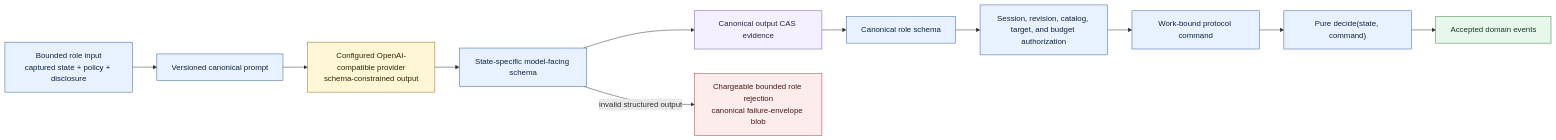
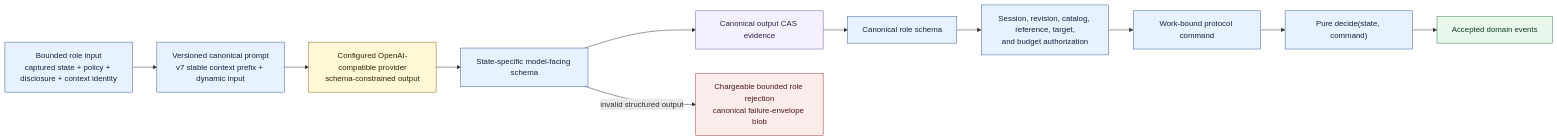
Before and after one commit to AndrewRLachance/synthesize-regions: diagram 12 of 12 in docs/synthesis-workflow-technical-design.md, drawn with Mermaid. The commit also changed other lines of this file and 73 other files, not shown here.

````diff
--- a/docs/synthesis-workflow-technical-design.md
+++ b/docs/synthesis-workflow-technical-design.md
@@ -1572,24 +1737,24 @@
 ```mermaid
 flowchart LR
-  input["Bounded role input<br/>captured state + policy + disclosure"] --> prompt["Versioned canonical prompt"]
+  input["Bounded role input<br/>captured state + policy + disclosure + context identity"] --> prompt["Versioned canonical prompt<br/>v7 stable context prefix + dynamic input"]
   prompt --> gateway["Configured OpenAI-compatible provider<br/>schema-constrained output"]
   gateway --> modelSchema["State-specific model-facing schema"]
   modelSchema --> outputBlob["Canonical output CAS evidence"]
   outputBlob --> canonical["Canonical role schema"]
-  canonical --> authority["Session, revision, catalog, target, and budget authorization"]
+  canonical --> authority["Session, revision, catalog, reference, target,<br/>and budget authorization"]
   authority --> command["Work-bound protocol command"]
   command --> decision["Pure decide(state, command)"]
   decision --> events["Accepted domain events"]
   modelSchema -->|invalid structured output| rejection["Chargeable bounded role rejection<br/>canonical failure-envelope blob"]
 
   classDef runtime fill:#e8f1ff,stroke:#315f9b,color:#10243e;
   classDef model fill:#fff7d6,stroke:#8a6d1d,color:#2f2500;
   classDef success fill:#e8f7ec,stroke:#2f7d43,color:#153b20;
   classDef infrastructure fill:#f4f0ff,stroke:#7057a3,color:#2f2347;
   classDef failure fill:#fdecec,stroke:#a33a3a,color:#4d1717;
   class input,prompt,modelSchema,canonical,authority,command,decision runtime;
   class gateway model;
   class outputBlob infrastructure;
   class events success;
   class rejection failure;
 ```
````
